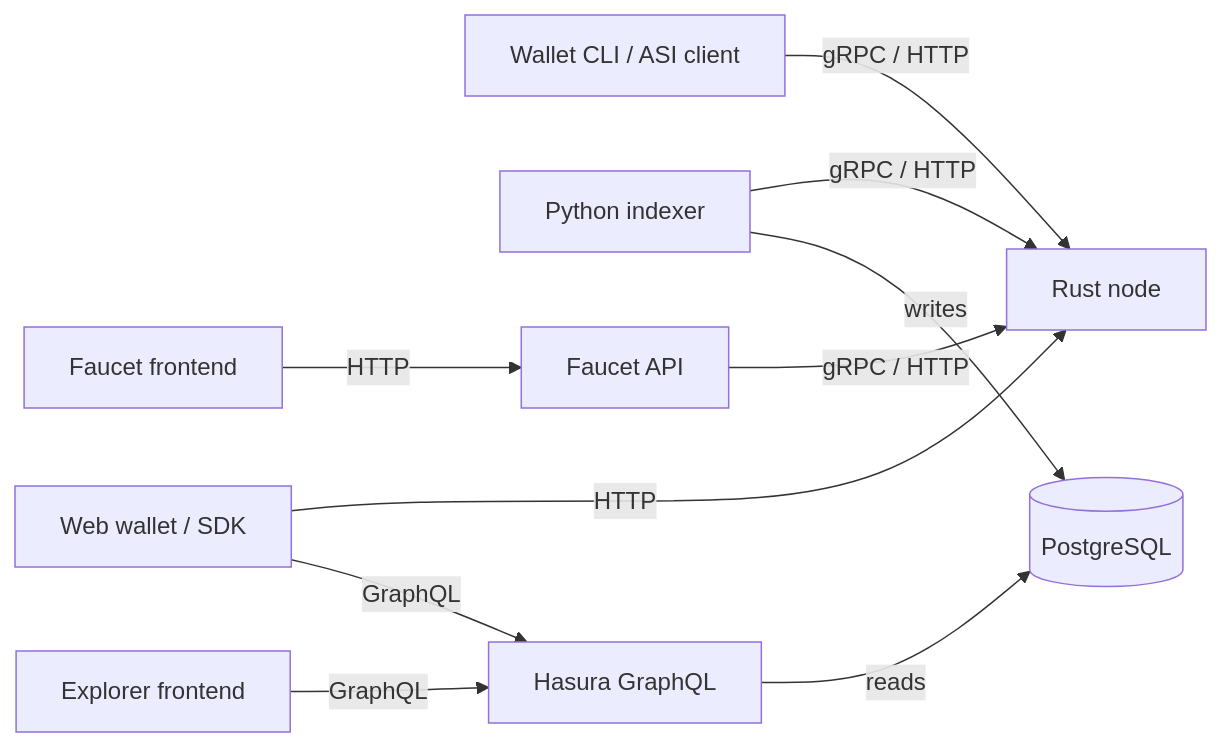
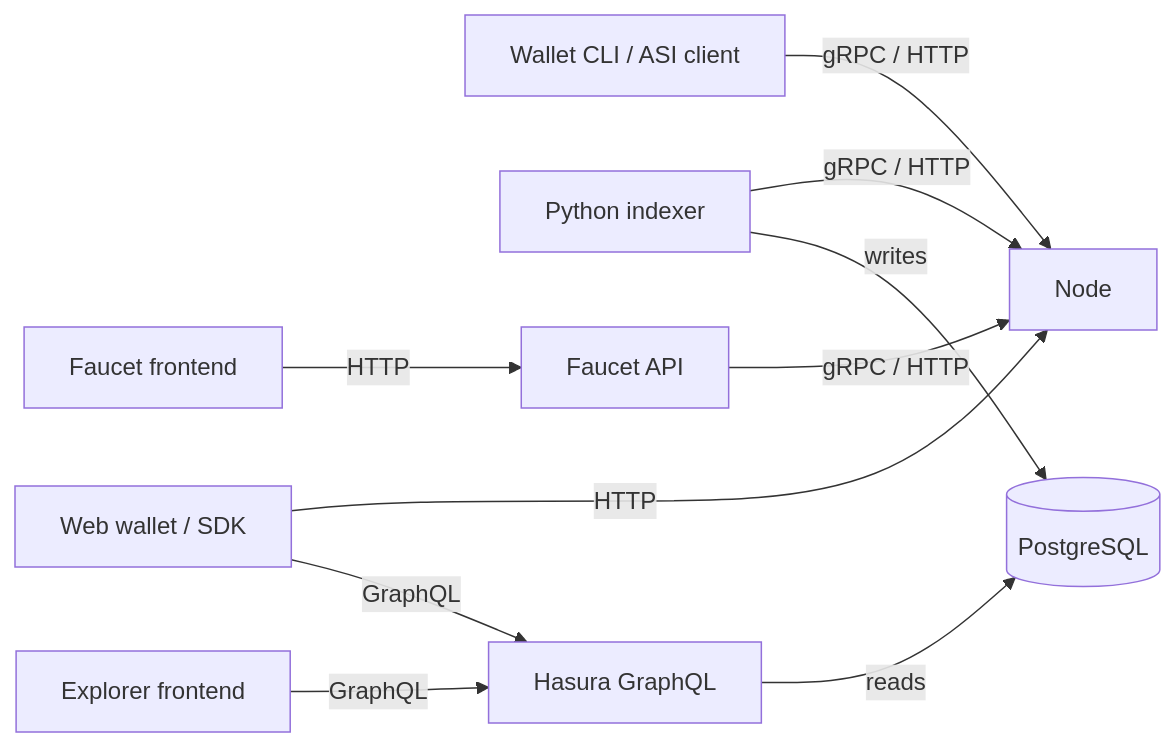
One commit to asi-alliance/asi-chain-docs-portal changed the diagram in architecture/index.md. Above: the diagram before and after it, drawn with Mermaid. The commit also changed other lines of this file and 4 other files, not shown here.

Commit message:
[AS-913] Rewrite architecture overview, topology, data flow and node pages

````diff
--- a/architecture/index.md
+++ b/architecture/index.md
@@ -5,12 +9,12 @@
 ```mermaid
 flowchart LR
-  Wallet[Web wallet / SDK] -->|HTTP| Node[Rust node]
+  Wallet[Web wallet / SDK] -->|HTTP| Node[Node]
   CLI[Wallet CLI / ASI client] -->|gRPC / HTTP| Node
   Indexer[Python indexer] -->|gRPC / HTTP| Node
   Indexer -->|writes| DB[(PostgreSQL)]
   Hasura[Hasura GraphQL] -->|reads| DB
   Explorer[Explorer frontend] -->|GraphQL| Hasura
   Wallet -->|GraphQL| Hasura
   Faucet[Faucet API] -->|gRPC / HTTP| Node
   FaucetWeb[Faucet frontend] -->|HTTP| Faucet
 ```
````
